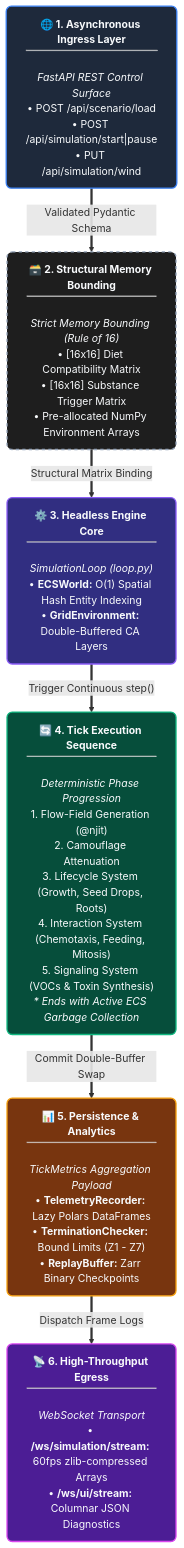
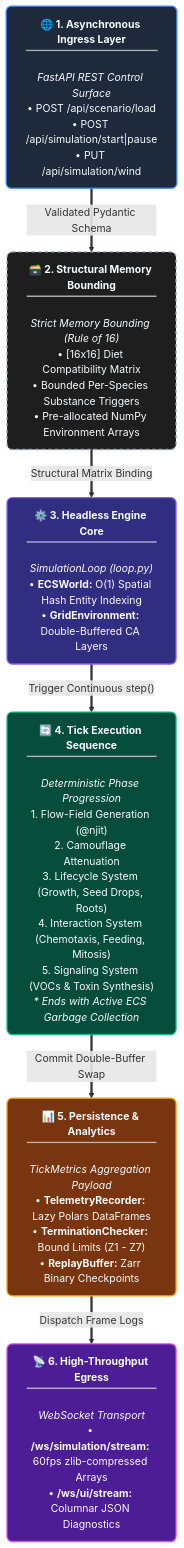
Before and after one commit to foersben/PHIDS: the second of 3 diagrams in docs/technical_architecture/system_architecture.md, drawn with Mermaid. The commit also changed 1 other file, not shown here.

Commit message:
📜 Canon [Docs Sync]: Update trigger matrix documentation to reflect active implementation

````diff
--- a/docs/technical_architecture/system_architecture.md
+++ b/docs/technical_architecture/system_architecture.md
@@ -107,35 +107,35 @@
 ```mermaid
 flowchart TD
     %% Base Styling & Theme Definitions
     classDef ingress fill:#1E293B, stroke:#3B82F6, stroke-width:2px, color:#F8FAFC, rx:8px, ry:8px
     classDef constraint fill:#1e1e1e, stroke:#94A3B8, stroke-width:2px, stroke-dasharray: 5 5, color:#F8FAFC, rx:8px, ry:8px
     classDef core fill:#312E81, stroke:#8B5CF6, stroke-width:2px, color:#F8FAFC, rx:8px, ry:8px
     classDef tick fill:#064E3B, stroke:#10B981, stroke-width:2px, color:#F8FAFC, rx:8px, ry:8px
     classDef telemetry fill:#78350F, stroke:#F59E0B, stroke-width:2px, color:#F8FAFC, rx:8px, ry:8px
     classDef egress fill:#4C1D95, stroke:#D946EF, stroke-width:2px, color:#F8FAFC, rx:8px, ry:8px
 
     %% 1. API INGRESS
     A["<b>🌐 1. Asynchronous Ingress Layer</b><br/><hr style='border:1px solid #3B82F6; margin: 4px 0;'/><br/><i>FastAPI REST Control Surface</i><br/>• POST /api/scenario/load<br/>• POST /api/simulation/start|pause<br/>• PUT /api/simulation/wind"]:::ingress
 
     %% 2. STRUCTURAL CONSTRAINTS
-    B["<b>🗃️ 2. Structural Memory Bounding</b><br/><hr style='border:1px solid #94A3B8; margin: 4px 0;'/><br/><i>Strict Memory Bounding (Rule of 16)</i><br/>• [16x16] Diet Compatibility Matrix<br/>• [16x16] Substance Trigger Matrix<br/>• Pre-allocated NumPy Environment Arrays"]:::constraint
+    B["<b>🗃️ 2. Structural Memory Bounding</b><br/><hr style='border:1px solid #94A3B8; margin: 4px 0;'/><br/><i>Strict Memory Bounding (Rule of 16)</i><br/>• [16x16] Diet Compatibility Matrix<br/>• Bounded Per-Species Substance Triggers<br/>• Pre-allocated NumPy Environment Arrays"]:::constraint
 
     %% 3. ENGINE CORE
     C["<b>⚙️ 3. Headless Engine Core</b><br/><hr style='border:1px solid #8B5CF6; margin: 4px 0;'/><br/><i>SimulationLoop (loop.py)</i><br/>• <b>ECSWorld:</b> O(1) Spatial Hash Entity Indexing<br/>• <b>GridEnvironment:</b> Double-Buffered CA Layers"]:::core
 
     %% 4. EXECUTION PIPELINE
     D["<b>🔄 4. Tick Execution Sequence</b><br/><hr style='border:1px solid #10B981; margin: 4px 0;'/><br/><i>Deterministic Phase Progression</i><br/>1. Flow-Field Generation (@njit)<br/>2. Camouflage Attenuation<br/>3. Lifecycle System (Growth, Seed Drops, Roots)<br/>4. Interaction System (Chemotaxis, Feeding, Mitosis)<br/>5. Signaling System (VOCs & Toxin Synthesis)<br/><i>* Ends with Active ECS Garbage Collection</i>"]:::tick
 
     %% 5. PERSISTENCE & ANALYTICS
     E["<b>📊 5. Persistence & Analytics</b><br/><hr style='border:1px solid #F59E0B; margin: 4px 0;'/><br/><i>TickMetrics Aggregation Payload</i><br/>• <b>TelemetryRecorder:</b> Lazy Polars DataFrames<br/>• <b>TerminationChecker:</b> Bound Limits (Z1 - Z7)<br/>• <b>ReplayBuffer:</b> Zarr Binary Checkpoints"]:::telemetry
 
     %% 6. EGRESS SURFACES
     F["<b>📡 6. High-Throughput Egress</b><br/><hr style='border:1px solid #D946EF; margin: 4px 0;'/><br/><i>WebSocket Transport</i><br/>• <b>/ws/simulation/stream:</b> 60fps zlib-compressed Arrays<br/>• <b>/ws/ui/stream:</b> Columnar JSON Diagnostics"]:::egress
 
     %% The Central Pipeline Spine
     A == Validated Pydantic Schema ==> B
     B == Structural Matrix Binding ==> C
     C == Trigger Continuous step() ==> D
     D == Commit Double-Buffer Swap ==> E
     E == Dispatch Frame Logs ==> F
 ```
````
